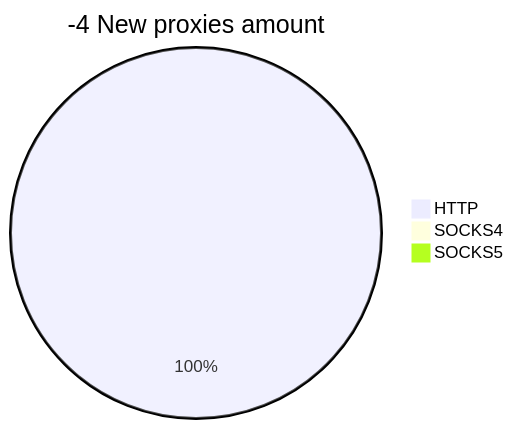
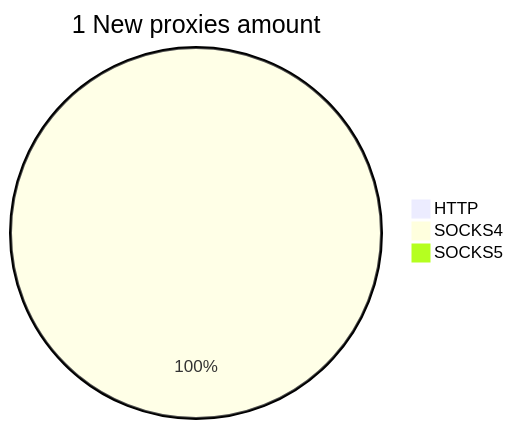
One commit to cutipu/proxylist changed the second of 2 diagrams in README.md. Above: the diagram before and after it, drawn with Mermaid. The commit also changed other lines of this file, not shown here.

````diff
--- a/README.md
+++ b/README.md
@@ -10,6 +10,6 @@
 ```mermaid
-pie title -4 New proxies amount
-    "HTTP" : 1
-    "SOCKS4" : 0
+pie title 1 New proxies amount
+    "HTTP" : 0
+    "SOCKS4" : 2
     "SOCKS5" : 0
 ```
````
